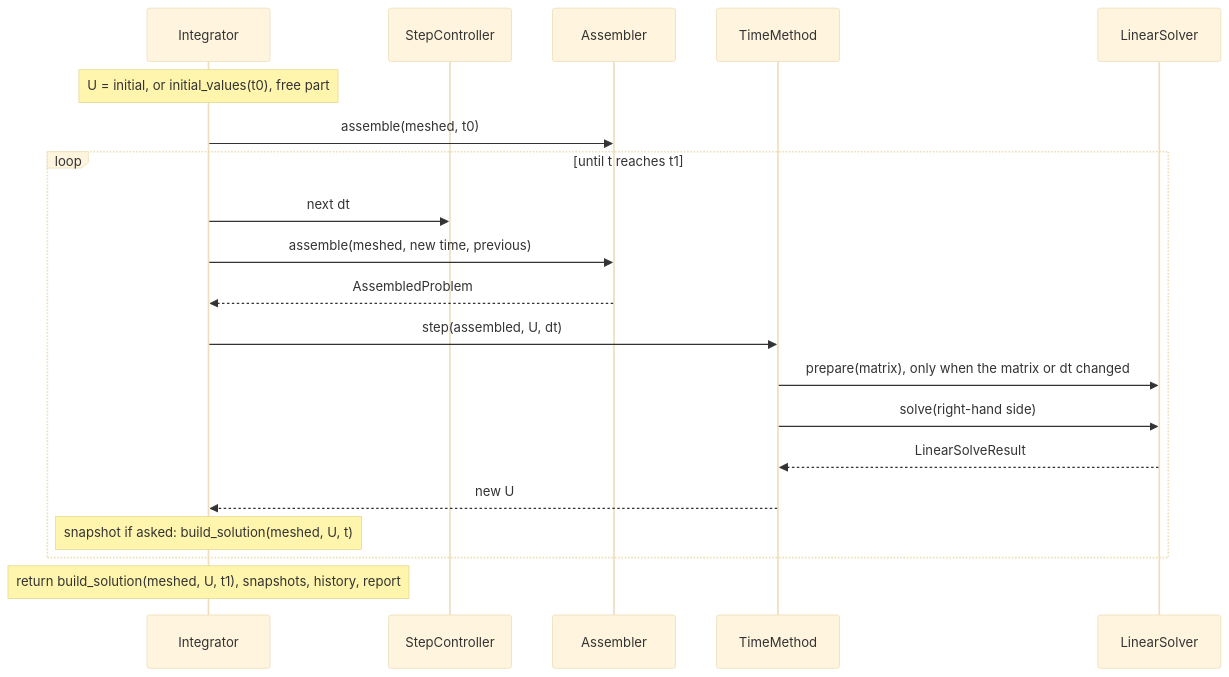
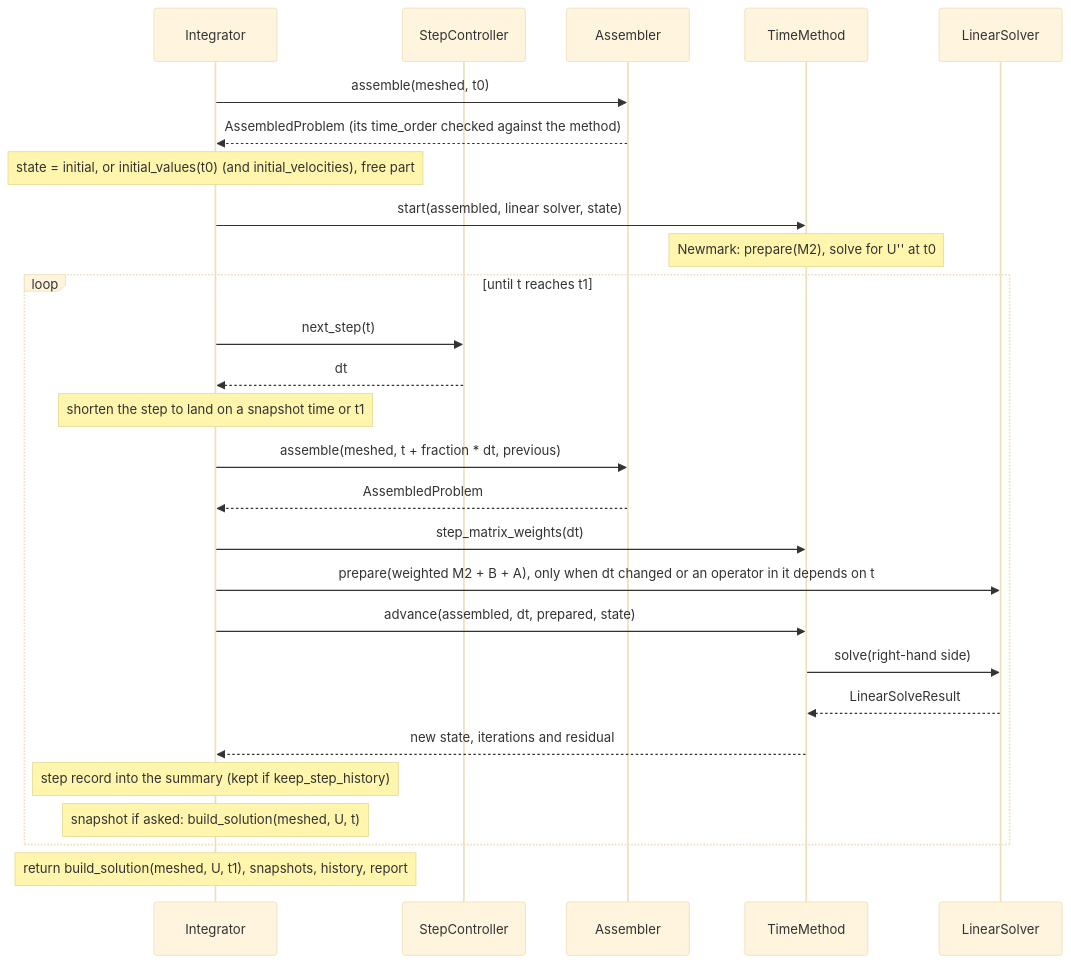
The tenth of 11 diagrams in docs/architecture.md (dmglushko/2d-pde), drawn with Mermaid (base theme) before and after one commit. The commit also changed other lines of this file and 10 other files, not shown here.

````diff
--- a/docs/architecture.md
+++ b/docs/architecture.md
@@ -409,22 +404,29 @@
 ```mermaid
 sequenceDiagram
     participant I as Integrator
     participant C as StepController
     participant A as Assembler
     participant M as TimeMethod
     participant L as LinearSolver
-    Note over I: U = initial, or initial_values(t0), free part
     I->>A: assemble(meshed, t0)
+    A-->>I: AssembledProblem (its time_order checked against the method)
+    Note over I: state = initial, or initial_values(t0) (and initial_velocities), free part
+    I->>M: start(assembled, linear solver, state)
+    Note over M: Newmark: prepare(M2), solve for U'' at t0
     loop until t reaches t1
-        I->>C: next dt
-        I->>A: assemble(meshed, new time, previous)
+        I->>C: next_step(t)
+        C-->>I: dt
+        Note over I: shorten the step to land on a snapshot time or t1
+        I->>A: assemble(meshed, t + fraction * dt, previous)
         A-->>I: AssembledProblem
-        I->>M: step(assembled, U, dt)
-        M->>L: prepare(matrix), only when the matrix or dt changed
+        I->>M: step_matrix_weights(dt)
+        I->>L: prepare(weighted M2 + B + A), only when dt changed or an operator in it depends on t
+        I->>M: advance(assembled, dt, prepared, state)
         M->>L: solve(right-hand side)
         L-->>M: LinearSolveResult
-        M-->>I: new U
+        M-->>I: new state, iterations and residual
+        Note over I: step record into the summary (kept if keep_step_history)
         Note over I: snapshot if asked: build_solution(meshed, U, t)
     end
     Note over I: return build_solution(meshed, U, t1), snapshots, history, report
 ```
````
